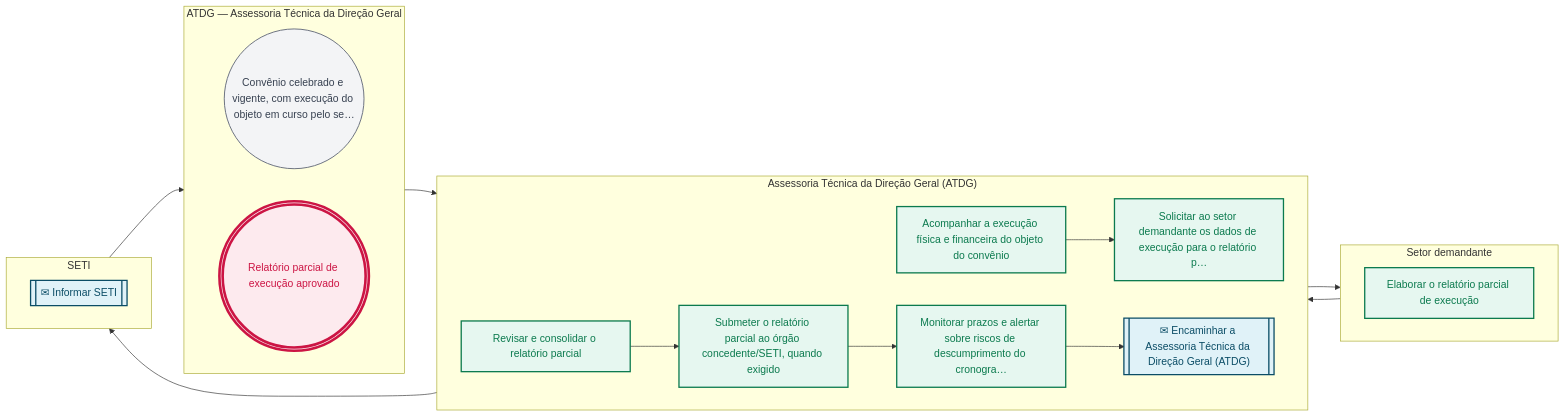
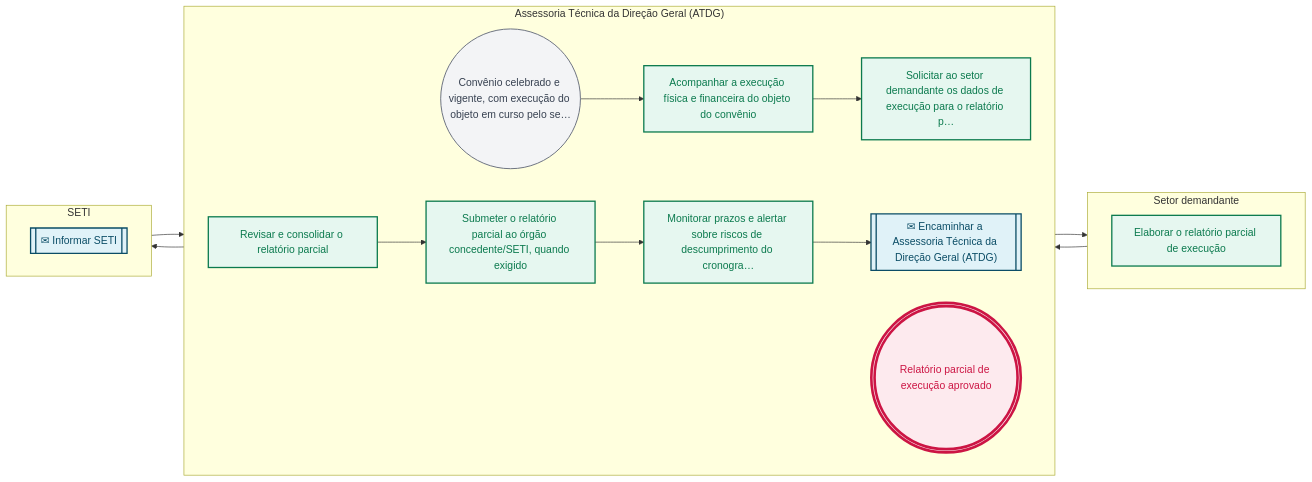
One commit to jessefers/canvas-vivo-atdg changed the second of 2 diagrams in pops/CON/CON-03.md. Above: the diagram before and after it, drawn with Mermaid. The commit also changed other lines of this file and 107 other files, not shown here.

````diff
--- a/pops/CON/CON-03.md
+++ b/pops/CON/CON-03.md
@@ -149,44 +149,41 @@
 ```mermaid
 flowchart LR
-  subgraph R1["ATDG — Assessoria Técnica da Direção Geral"]
+  subgraph R1["Assessoria Técnica da Direção Geral (ATDG)"]
     direction LR
     e1(("Convênio celebrado e vigente, com execução do objeto em curso pelo se…"))
-    e10((("Relatório parcial de execução aprovado")))
-  end
-  subgraph R2["Assessoria Técnica da Direção Geral (ATDG)"]
-    direction LR
     e2["Acompanhar a execução física e financeira do objeto do convênio"]
     e3["Solicitar ao setor demandante os dados de execução para o relatório p…"]
     e5["Revisar e consolidar o relatório parcial"]
     e6["Submeter o relatório parcial ao órgão concedente/SETI, quando exigido"]
     e7["Monitorar prazos e alertar sobre riscos de descumprimento do cronogra…"]
     e8[["✉ Encaminhar a Assessoria Técnica da Direção Geral (ATDG)"]]
+    e10((("Relatório parcial de execução aprovado")))
   end
-  subgraph R3["Setor demandante"]
+  subgraph R2["Setor demandante"]
     direction LR
     e4["Elaborar o relatório parcial de execução"]
   end
-  subgraph R4["SETI"]
+  subgraph R3["SETI"]
     direction LR
     e9[["✉ Informar SETI"]]
   end
   e1 --> e2
   e2 --> e3
   e3 --> e4
   e4 --> e5
   e5 --> e6
   e6 --> e7
   e7 --> e8
   e8 --> e9
   e9 --> e10
   classDef inicio fill:#f3f4f6,stroke:#6b7280,stroke-width:1.5px,color:#374151
   classDef atividade fill:#E6F7F0,stroke:#0B7A4E,stroke-width:2px,color:#0B7A4E
   classDef decisao fill:#FFF4ED,stroke:#C9783A,stroke-width:2px,color:#C9783A
   classDef fim fill:#FDEAEE,stroke:#CC1544,stroke-width:4px,color:#CC1544
   classDef pausa fill:#FDEAEE,stroke:#CC1544,stroke-width:2px,color:#CC1544
   classDef captura fill:#E0F2F8,stroke:#0B4D66,stroke-width:2px,color:#0B4D66
   class e1 inicio
   class e2,e3,e4,e5,e6,e7 atividade
   class e8,e9 captura
   class e10 fim
 ```
````
